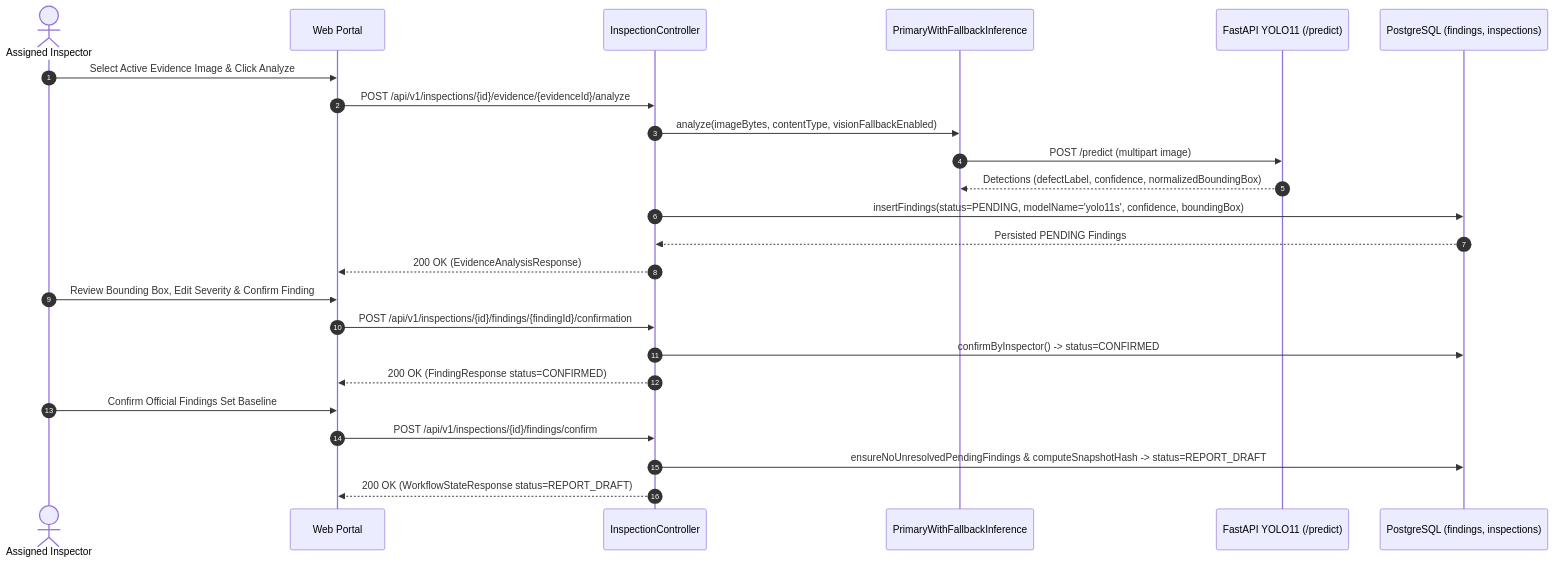
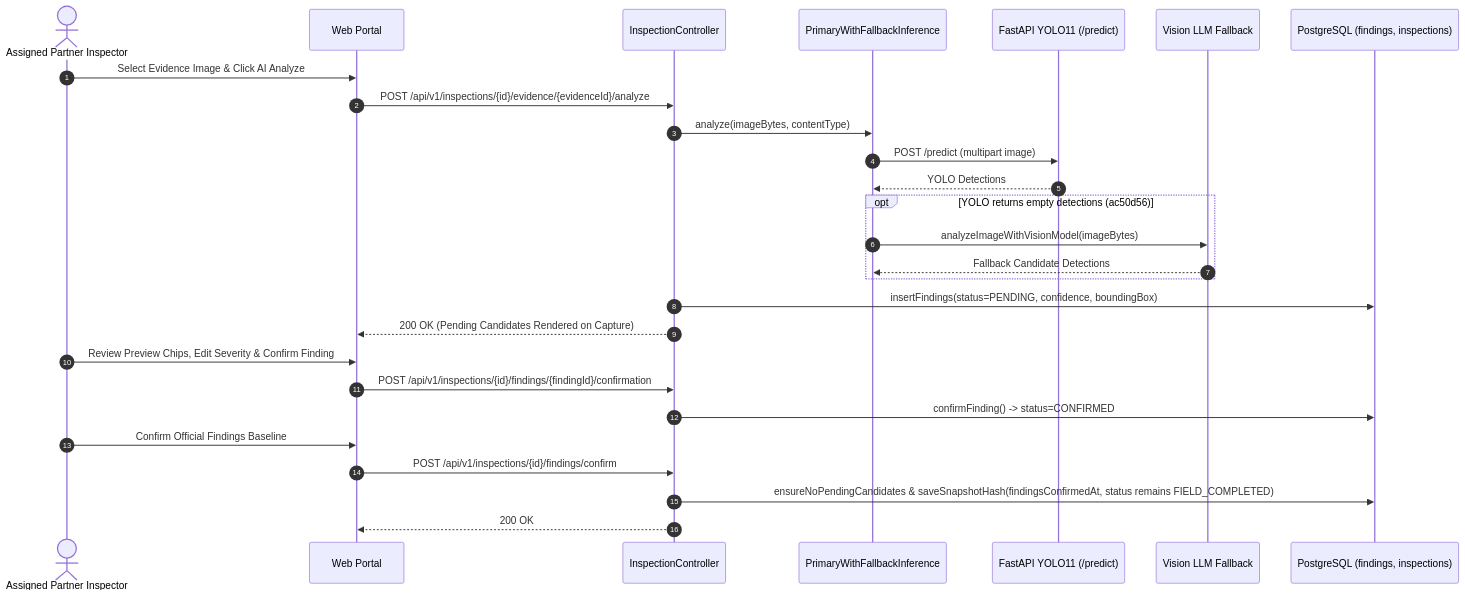
Before and after one commit to tungbach12/SmartDroneInspection-Docs: diagram 15 of 23 in reports/report-4-software-design-document/03-detailed-design.md, drawn with Mermaid. The commit also changed other lines of this file and 245 other files, not shown here.

First line of the commit message:
docs(reports): synchronize all reports, diagrams, and test sheets to 5-role 8-feature baseline

````diff
--- a/reports/report-4-software-design-document/03-detailed-design.md
+++ b/reports/report-4-software-design-document/03-detailed-design.md
@@ -652,30 +634,33 @@
 ```mermaid
-%% title: YOLO11 Defect Detection and Verification Sequence Diagram
+%% title: YOLO11 Defect Detection, Vision Fallback and Finding Confirmation Sequence Diagram
 sequenceDiagram
   autonumber
-  actor Inspector as Assigned Inspector
+  actor Inspector as Assigned Partner Inspector
   participant Client as Web Portal
   participant InspCtrl as InspectionController
   participant Infer as PrimaryWithFallbackInference
   participant YoloSvc as FastAPI YOLO11 (/predict)
+  participant VisionLLM as Vision LLM Fallback
   participant DB as PostgreSQL (findings, inspections)
 
-  Inspector->>Client: Select Active Evidence Image & Click Analyze
+  Inspector->>Client: Select Evidence Image & Click AI Analyze
   Client->>InspCtrl: POST /api/v1/inspections/{id}/evidence/{evidenceId}/analyze
-  InspCtrl->>Infer: analyze(imageBytes, contentType, visionFallbackEnabled)
+  InspCtrl->>Infer: analyze(imageBytes, contentType)
   Infer->>YoloSvc: POST /predict (multipart image)
-  YoloSvc-->>Infer: Detections (defectLabel, confidence, normalizedBoundingBox)
-  InspCtrl->>DB: insertFindings(status=PENDING, modelName='yolo11s', confidence, boundingBox)
-  DB-->>InspCtrl: Persisted PENDING Findings
-  InspCtrl-->>Client: 200 OK (EvidenceAnalysisResponse)
+  YoloSvc-->>Infer: YOLO Detections
+  opt YOLO returns empty detections (ac50d56)
+    Infer->>VisionLLM: analyzeImageWithVisionModel(imageBytes)
+    VisionLLM-->>Infer: Fallback Candidate Detections
+  end
+  InspCtrl->>DB: insertFindings(status=PENDING, confidence, boundingBox)
+  InspCtrl-->>Client: 200 OK (Pending Candidates Rendered on Capture)
 
-  Inspector->>Client: Review Bounding Box, Edit Severity & Confirm Finding
+  Inspector->>Client: Review Preview Chips, Edit Severity & Confirm Finding
   Client->>InspCtrl: POST /api/v1/inspections/{id}/findings/{findingId}/confirmation
-  InspCtrl->>DB: confirmByInspector() -> status=CONFIRMED
-  InspCtrl-->>Client: 200 OK (FindingResponse status=CONFIRMED)
+  InspCtrl->>DB: confirmFinding() -> status=CONFIRMED
 
-  Inspector->>Client: Confirm Official Findings Set Baseline
+  Inspector->>Client: Confirm Official Findings Baseline
   Client->>InspCtrl: POST /api/v1/inspections/{id}/findings/confirm
-  InspCtrl->>DB: ensureNoUnresolvedPendingFindings & computeSnapshotHash -> status=REPORT_DRAFT
-  InspCtrl-->>Client: 200 OK (WorkflowStateResponse status=REPORT_DRAFT)
+  InspCtrl->>DB: ensureNoPendingCandidates & saveSnapshotHash(findingsConfirmedAt, status remains FIELD_COMPLETED)
+  InspCtrl-->>Client: 200 OK
 ```
````
